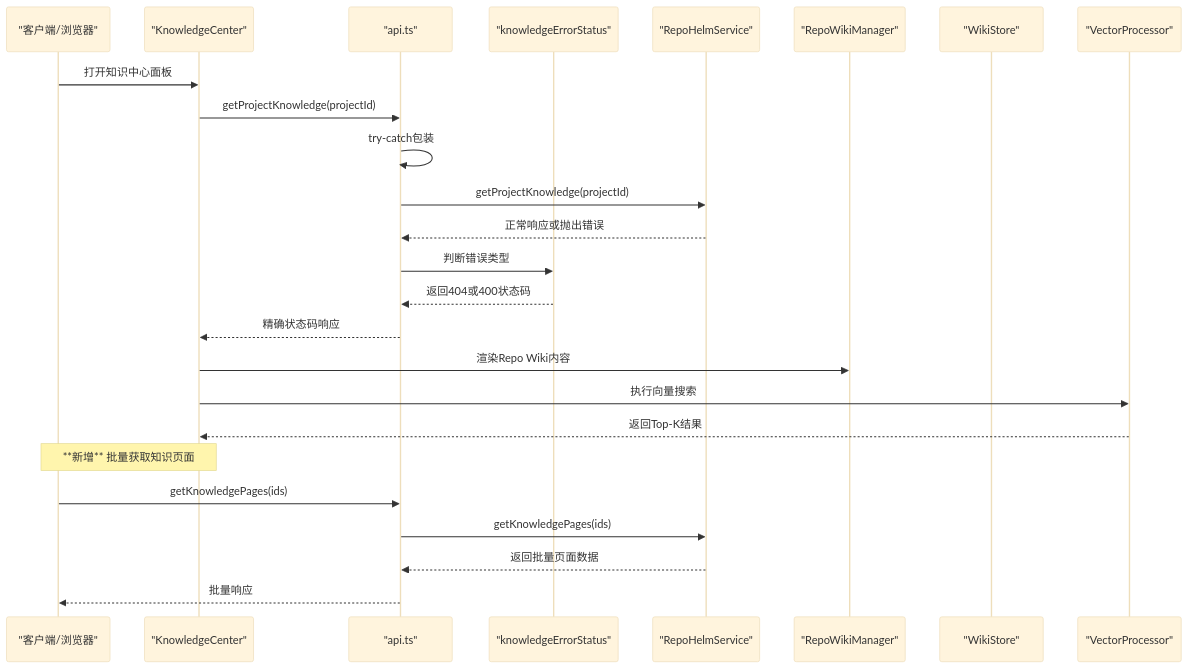
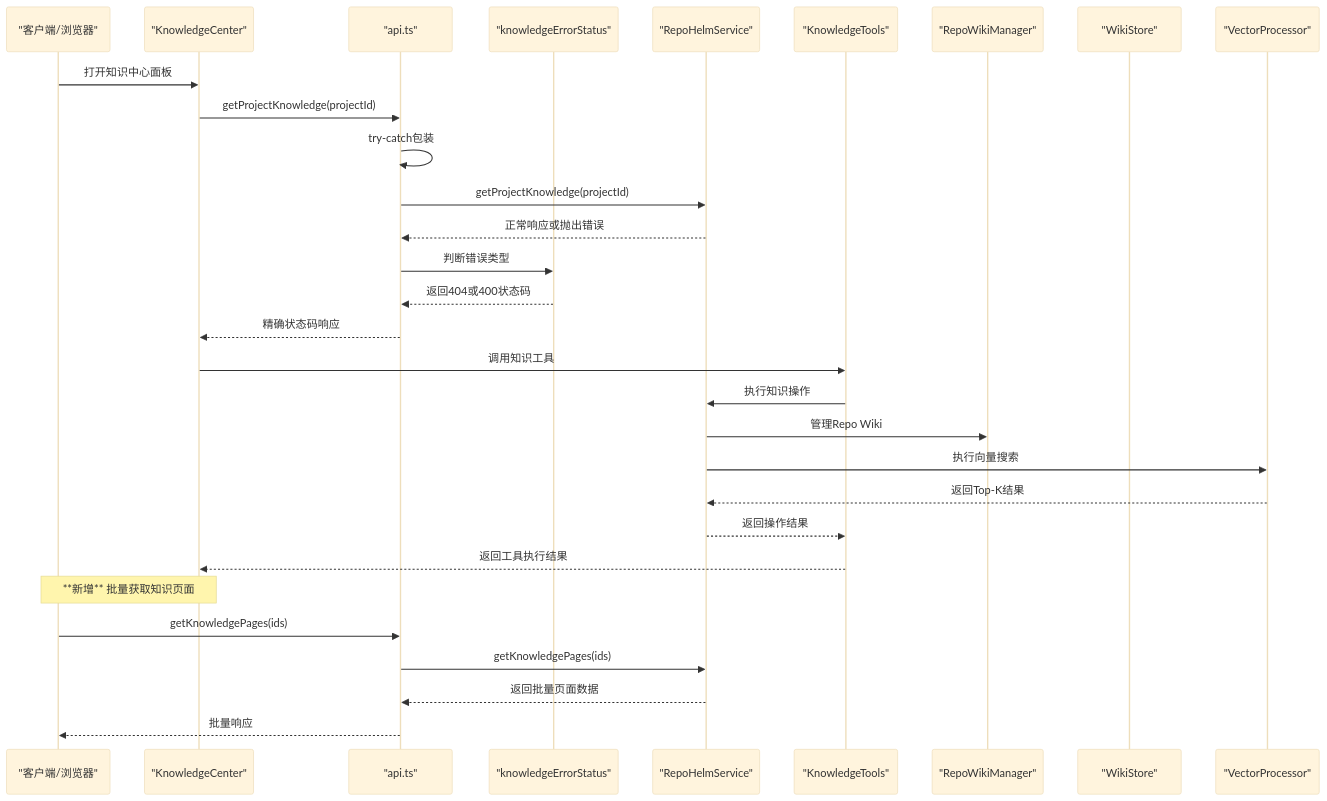
The second of 8 diagrams in .qoder/repowiki/zh/content/知识库系统.md (coconilu/RepoHelm), drawn with Mermaid (base theme) before and after one commit. The commit also changed other lines of this file and 12 other files, not shown here.

````diff
--- a/.qoder/repowiki/zh/content/知识库系统.md
+++ b/.qoder/repowiki/zh/content/知识库系统.md
@@ -175,27 +187,32 @@
 ```mermaid
 sequenceDiagram
 participant Client as "客户端/浏览器"
 participant KC as "KnowledgeCenter"
 participant API as "api.ts"
 participant ErrorHandler as "knowledgeErrorStatus"
 participant Service as "RepoHelmService"
+participant Tools as "KnowledgeTools"
 participant Wiki as "RepoWikiManager"
 participant Store as "WikiStore"
 participant Vector as "VectorProcessor"
 Client->>KC : 打开知识中心面板
 KC->>API : getProjectKnowledge(projectId)
 API->>API : try-catch包装
 API->>Service : getProjectKnowledge(projectId)
 Service-->>API : 正常响应或抛出错误
 API->>ErrorHandler : 判断错误类型
 ErrorHandler-->>API : 返回404或400状态码
 API-->>KC : 精确状态码响应
-KC->>Wiki : 渲染Repo Wiki内容
-KC->>Vector : 执行向量搜索
-Vector-->>KC : 返回Top-K结果
+KC->>Tools : 调用知识工具
+Tools->>Service : 执行知识操作
+Service->>Wiki : 管理Repo Wiki
+Service->>Vector : 执行向量搜索
+Vector-->>Service : 返回Top-K结果
+Service-->>Tools : 返回操作结果
+Tools-->>KC : 返回工具执行结果
 Note over Client,KC : **新增** 批量获取知识页面
 Client->>API : getKnowledgePages(ids)
 API->>Service : getKnowledgePages(ids)
 Service-->>API : 返回批量页面数据
 API-->>Client : 批量响应
 ```
````
